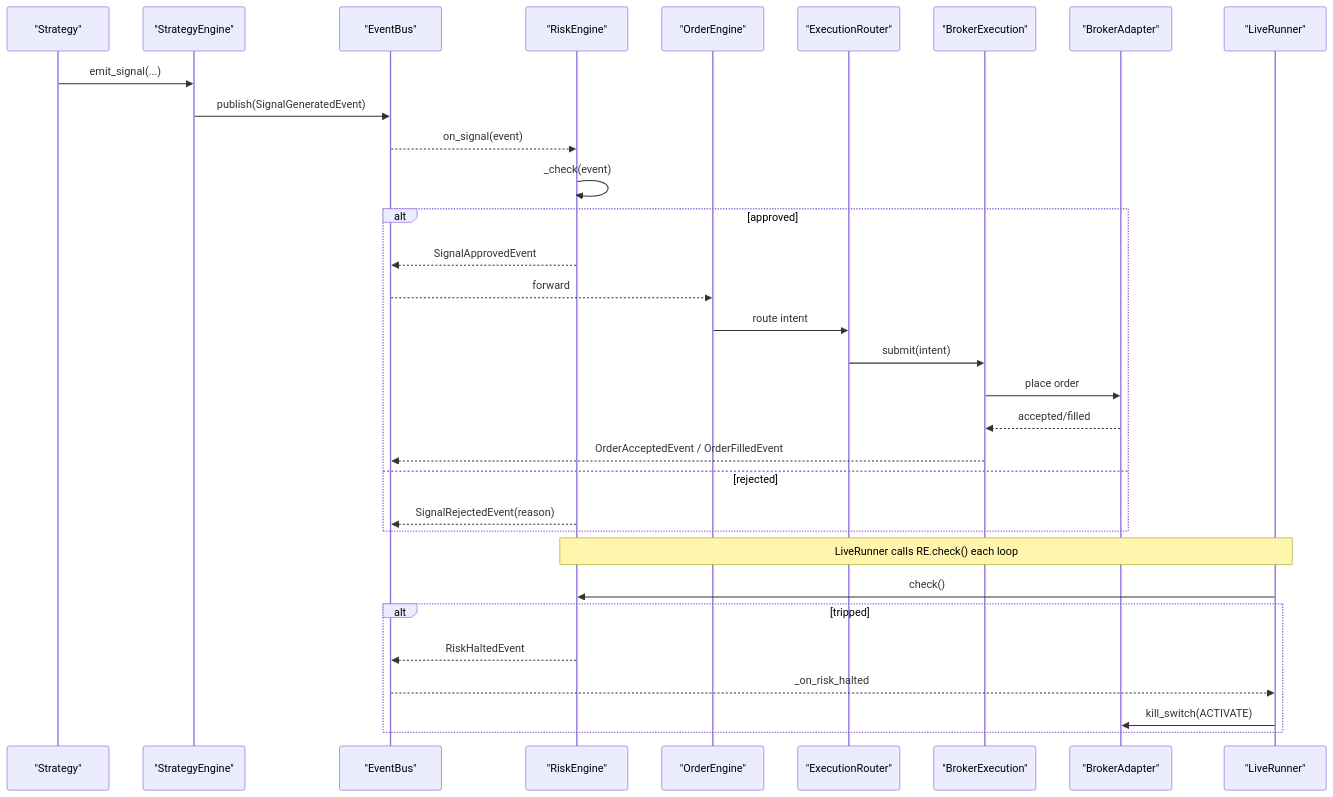
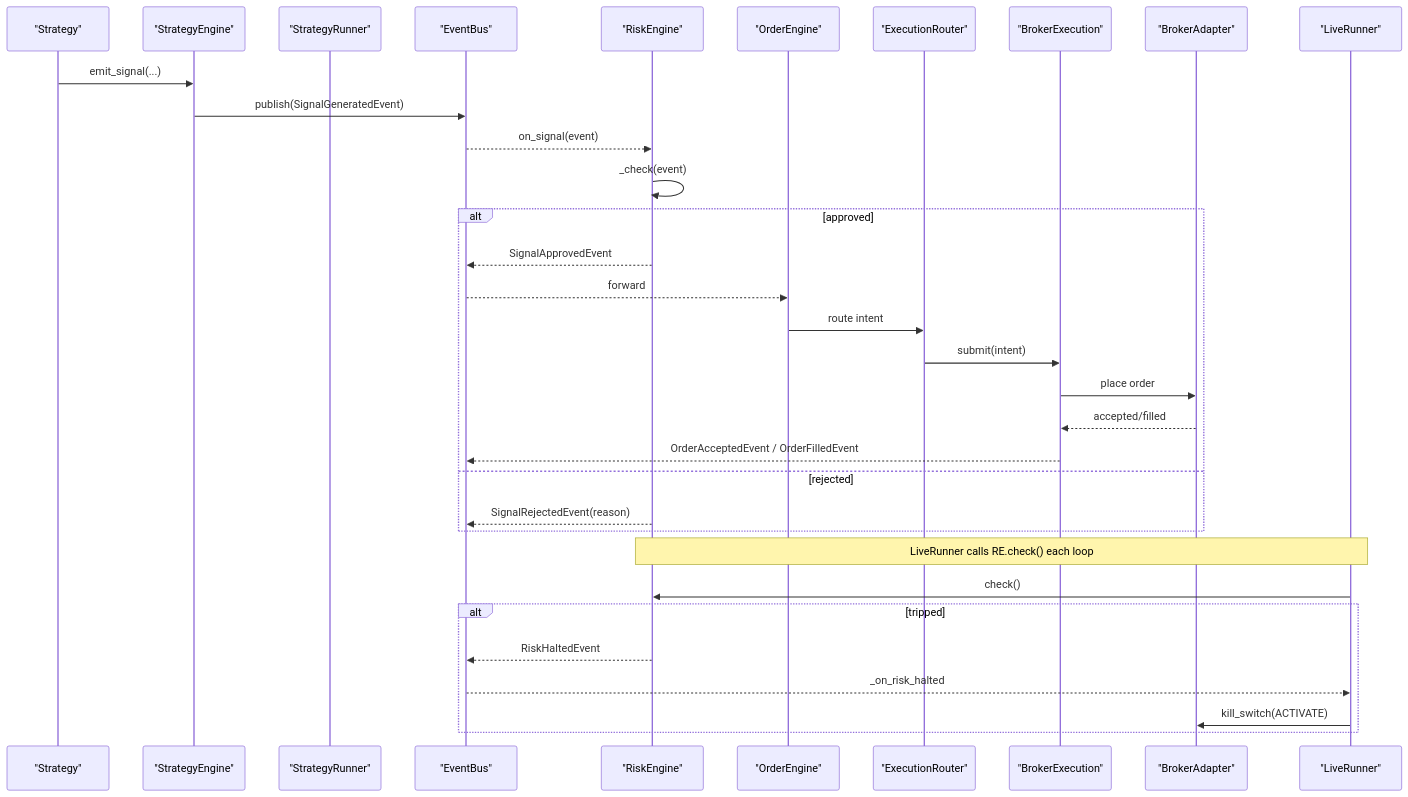
One commit to Ganesh-Kusundal/nTrade changed the second of 8 diagrams in .qoder/repowiki/en/content/Risk Management.md. Above: the diagram before and after it, drawn with Mermaid. The commit also changed other lines of this file and 331 other files, not shown here.

````diff
--- a/.qoder/repowiki/en/content/Risk Management.md
+++ b/.qoder/repowiki/en/content/Risk Management.md
@@ -129,34 +141,35 @@
 ```mermaid
 sequenceDiagram
 participant Strat as "Strategy"
 participant SE as "StrategyEngine"
+participant SR as "StrategyRunner"
 participant Bus as "EventBus"
 participant RE as "RiskEngine"
 participant OE as "OrderEngine"
 participant ER as "ExecutionRouter"
 participant BE as "BrokerExecution"
 participant BRK as "BrokerAdapter"
 participant LR as "LiveRunner"
 Strat->>SE : emit_signal(...)
 SE->>Bus : publish(SignalGeneratedEvent)
 Bus-->>RE : on_signal(event)
 RE->>RE : _check(event)
 alt approved
 RE-->>Bus : SignalApprovedEvent
 Bus-->>OE : forward
 OE->>ER : route intent
 ER->>BE : submit(intent)
 BE->>BRK : place order
 BRK-->>BE : accepted/filled
 BE-->>Bus : OrderAcceptedEvent / OrderFilledEvent
 else rejected
 RE-->>Bus : SignalRejectedEvent(reason)
 end
 Note over LR,RE : LiveRunner calls RE.check() each loop
 LR->>RE : check()
 alt tripped
 RE-->>Bus : RiskHaltedEvent
 Bus-->>LR : _on_risk_halted
 LR->>BRK : kill_switch(ACTIVATE)
 end
 ```
````
